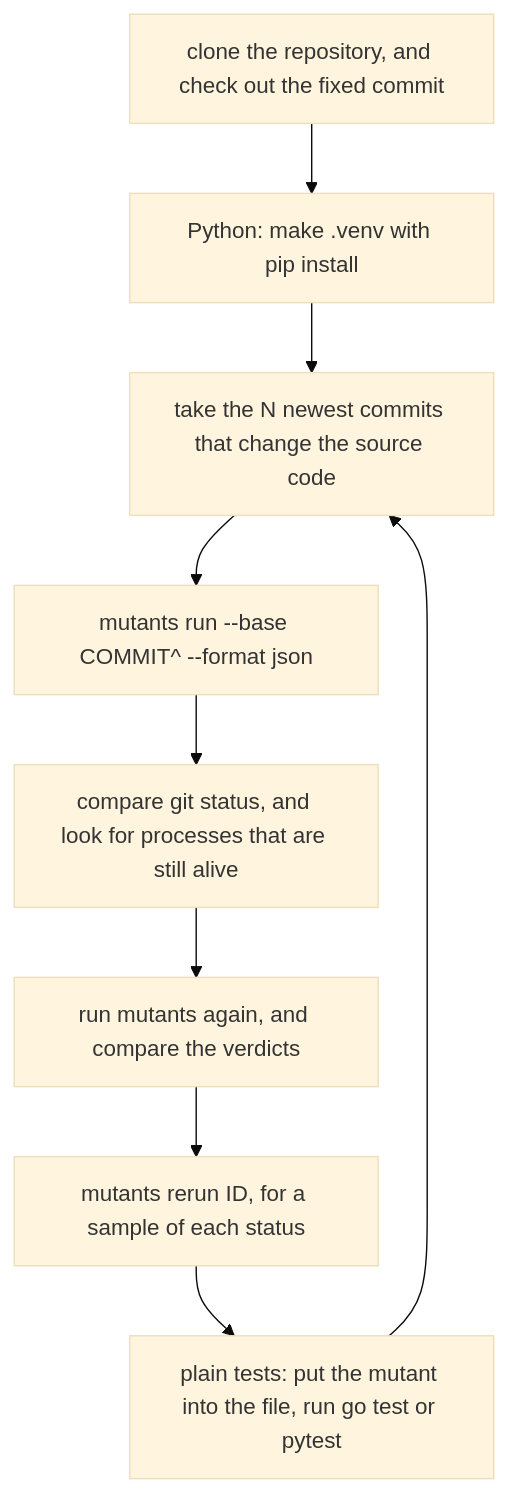
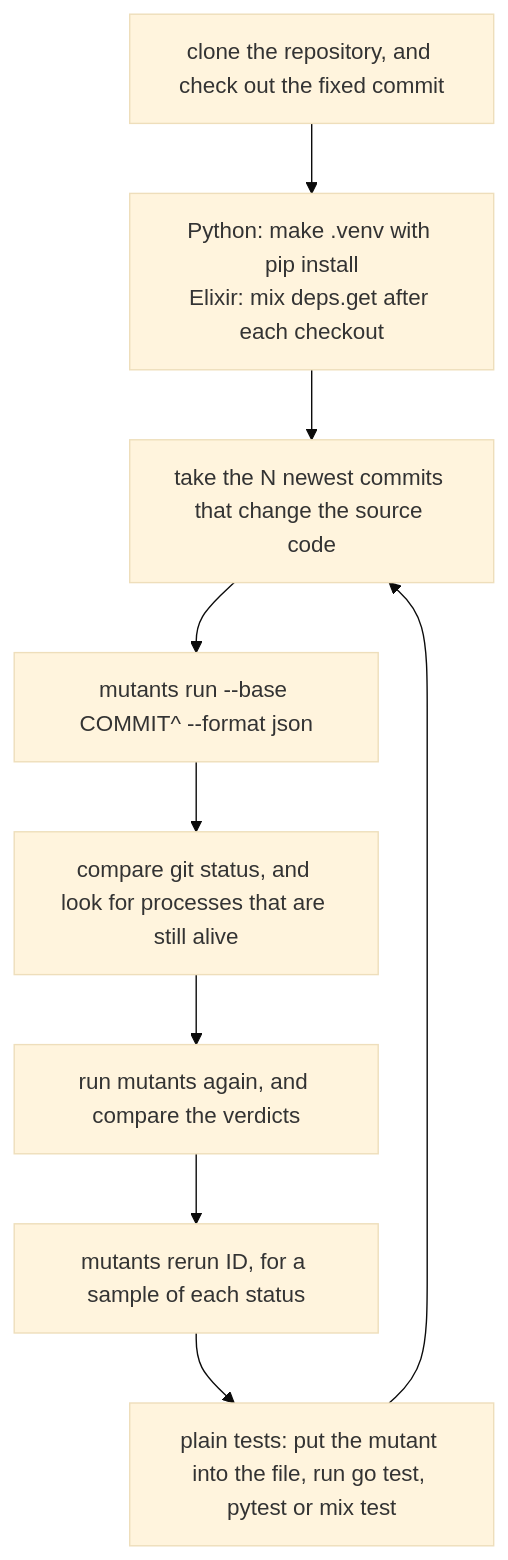
One commit to hpcsc/mutants changed the diagram in docs/regression-test.md. Above: the diagram before and after it, drawn with Mermaid (base theme). The commit also changed other lines of this file and 7 other files, not shown here.

First line of the commit message:
Check mutants on four Elixir repositories in the regression test

````diff
--- a/docs/regression-test.md
+++ b/docs/regression-test.md
@@ -43,11 +43,11 @@
 ```mermaid
 flowchart TD
-    C["clone the repository, and check out the fixed commit"] --> V["Python: make .venv with pip install"]
+    C["clone the repository, and check out the fixed commit"] --> V["Python: make .venv with pip install<br/>Elixir: mix deps.get after each checkout"]
     V --> L["take the N newest commits that change the source code"]
     L --> R["mutants run --base COMMIT^ --format json"]
     R --> W["compare git status, and look for processes that are still alive"]
     W --> T["run mutants again, and compare the verdicts"]
     T --> RR["mutants rerun ID, for a sample of each status"]
-    RR --> P["plain tests: put the mutant into the file, run go test or pytest"]
+    RR --> P["plain tests: put the mutant into the file, run go test, pytest or mix test"]
     P --> L
 ```
````
